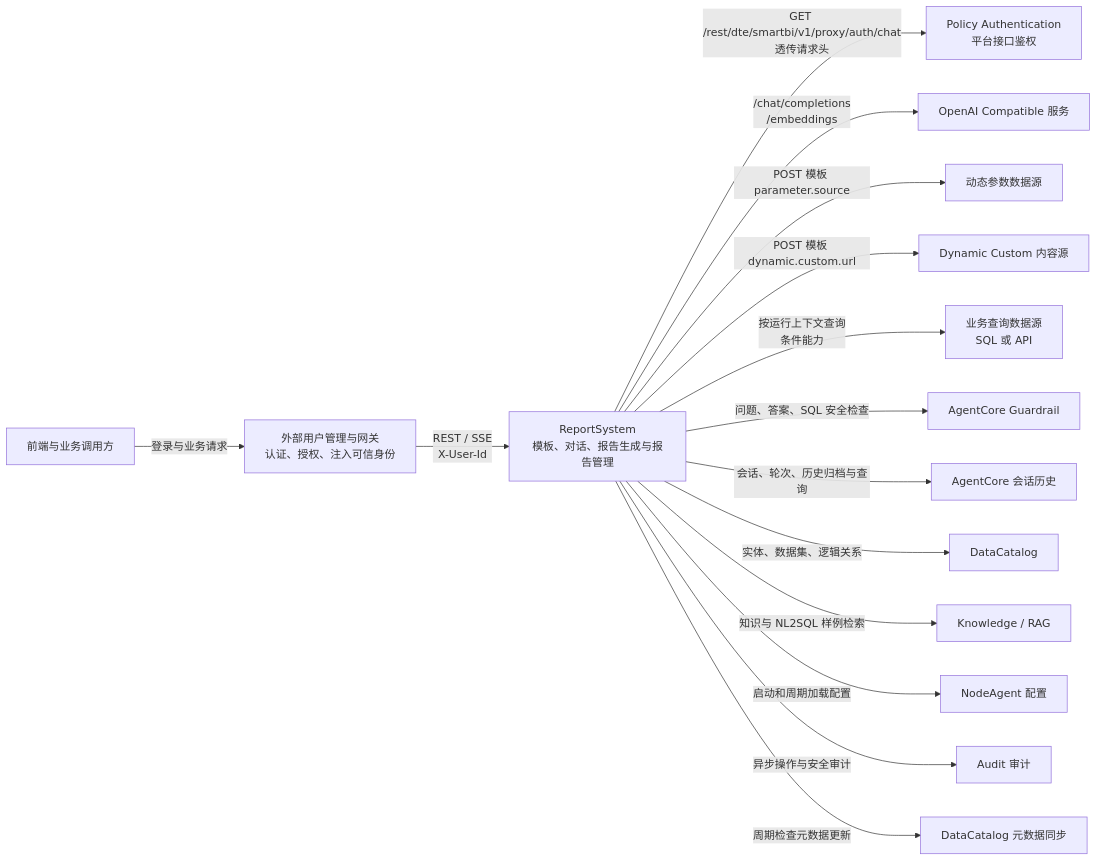
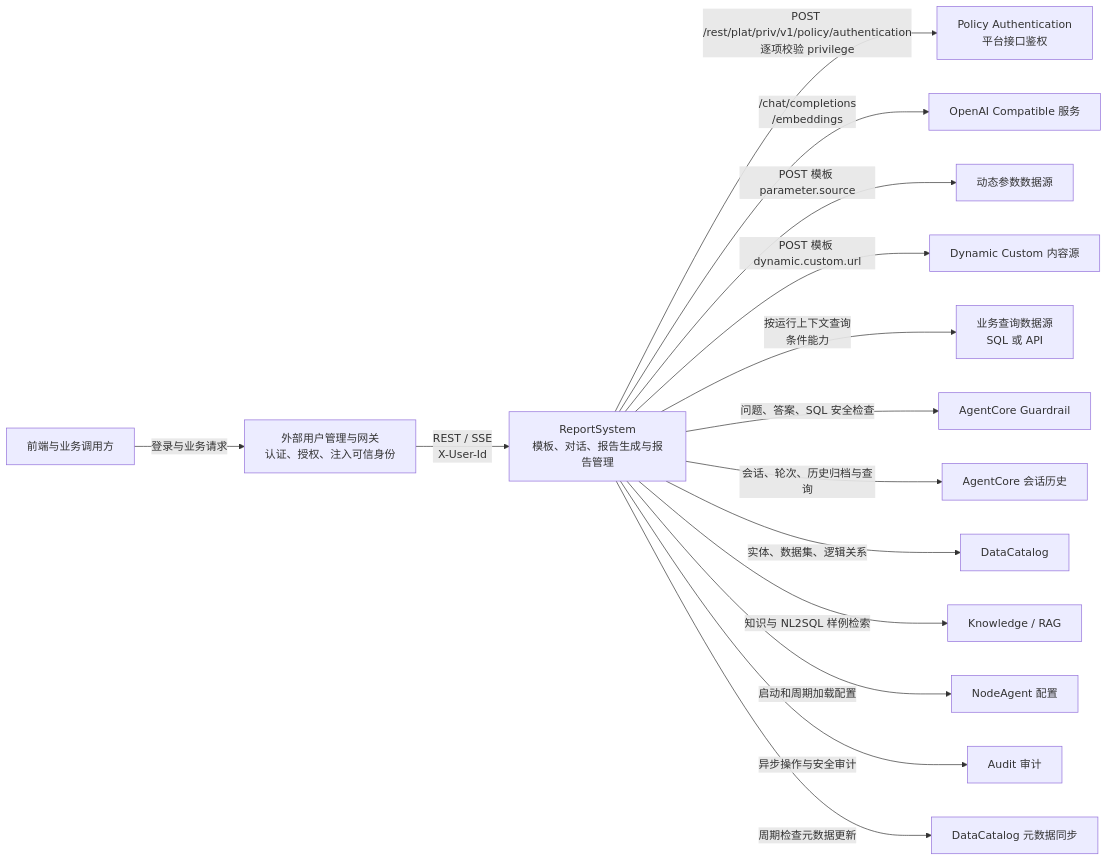
One commit to shel447/ReportSystem changed the diagram in docs/implementation/contracts/apis/README.md. Above: the diagram before and after it, drawn with Mermaid. The commit also changed other lines of this file and 74 other files, not shown here.

````diff
--- a/docs/implementation/contracts/apis/README.md
+++ b/docs/implementation/contracts/apis/README.md
@@ -7,33 +7,33 @@
 ```mermaid
 flowchart LR
     client["前端与业务调用方"]
     identity["外部用户管理与网关<br/>认证、授权、注入可信身份"]
     reportSystem["ReportSystem<br/>模板、对话、报告生成与报告管理"]
     policy["Policy Authentication<br/>平台接口鉴权"]
     llm["OpenAI Compatible 服务"]
     parameterSource["动态参数数据源"]
     customSource["Dynamic Custom 内容源"]
     querySource["业务查询数据源<br/>SQL 或 API"]
     guardrail["AgentCore Guardrail"]
     agentcore["AgentCore 会话历史"]
     dataCatalog["DataCatalog"]
     knowledge["Knowledge / RAG"]
     nodeAgent["NodeAgent 配置"]
     audit["Audit 审计"]
     metadata["DataCatalog 元数据同步"]
 
     client -->|"登录与业务请求"| identity
     identity -->|"REST / SSE<br/>X-User-Id"| reportSystem
-    reportSystem -->|"GET /rest/dte/smartbi/v1/proxy/auth/chat<br/>透传请求头"| policy
+    reportSystem -->|"POST /rest/plat/priv/v1/policy/authentication<br/>逐项校验 privilege"| policy
     reportSystem -->|"/chat/completions<br/>/embeddings"| llm
     reportSystem -->|"POST 模板 parameter.source"| parameterSource
     reportSystem -->|"POST 模板 dynamic.custom.url"| customSource
     reportSystem -->|"按运行上下文查询<br/>条件能力"| querySource
     reportSystem -->|"问题、答案、SQL 安全检查"| guardrail
     reportSystem -->|"会话、轮次、历史归档与查询"| agentcore
     reportSystem -->|"实体、数据集、逻辑关系"| dataCatalog
     reportSystem -->|"知识与 NL2SQL 样例检索"| knowledge
     reportSystem -->|"启动和周期加载配置"| nodeAgent
     reportSystem -->|"异步操作与安全审计"| audit
     reportSystem -->|"周期检查元数据更新"| metadata
 ```
````
